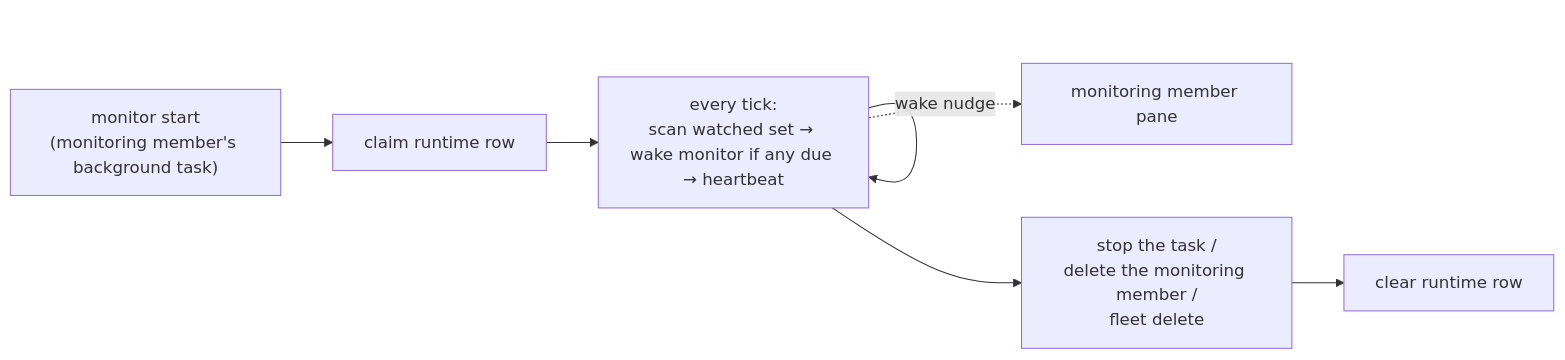
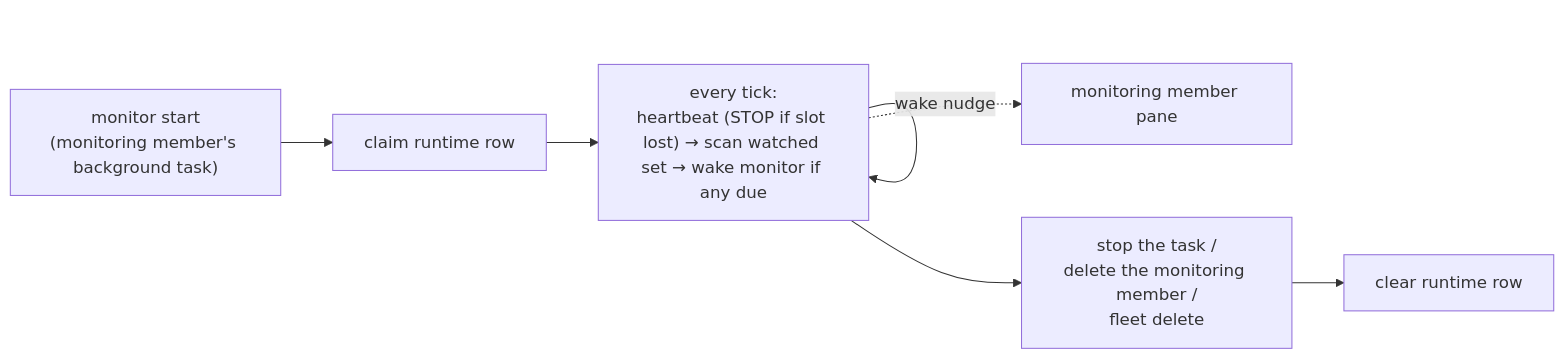
One commit to himkt/cafleet changed the diagram in docs/concepts/monitoring.md. Above: the diagram before and after it, drawn with Mermaid. The commit also changed other lines of this file and 12 other files, not shown here.

````diff
--- a/docs/concepts/monitoring.md
+++ b/docs/concepts/monitoring.md
@@ -176,10 +176,10 @@
 ```mermaid
 %%{init: {'theme': 'default', 'themeVariables': {'fontSize': '16px'}}}%%
 flowchart LR
     Start["monitor start<br/>(monitoring member's background task)"] --> Claim["claim runtime row"]
-    Claim --> Tick["every tick:<br/>scan watched set → wake monitor if any due → heartbeat"]
+    Claim --> Tick["every tick:<br/>heartbeat (STOP if slot lost) → scan watched set → wake monitor if any due"]
     Tick --> Tick
     Tick --> Stop["stop the task /<br/>delete the monitoring member /<br/>fleet delete"]
     Stop --> Clear["clear runtime row"]
     Tick -. wake nudge .-> PaneMon["monitoring member pane"]
 ```
````
